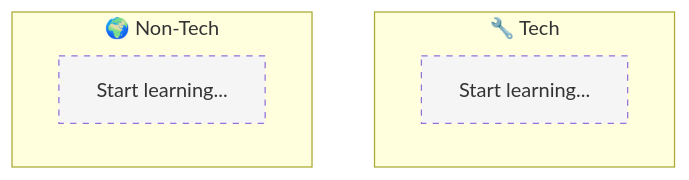
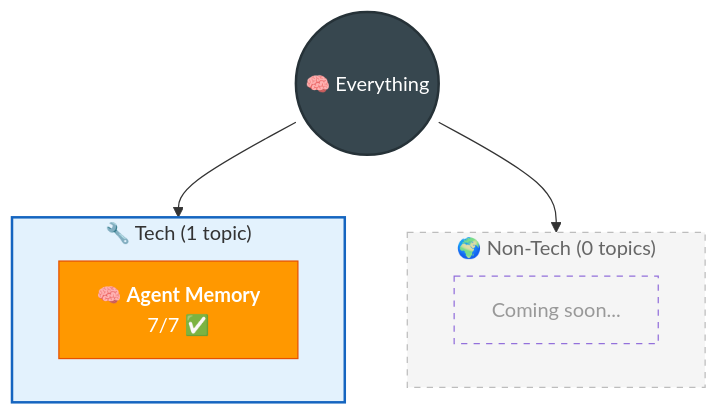
The diagram in _maps/everything.md (AyushSonuu/my-memory), drawn with Mermaid before and after one commit. The commit also changed other lines of this file and 8 other files, not shown here.

Commit message:
🗺️ Tier 2 sync: all maps, root README, tech README, due-today, connections, timeline rebuilt

````diff
--- a/_maps/everything.md
+++ b/_maps/everything.md
@@ -6,11 +5,21 @@
 ```mermaid
 graph TB
-    subgraph Tech["🔧 Tech"]
-        TE["Start learning..."]
+    ROOT(("🧠 Everything"))
+    
+    subgraph TECH ["🔧 Tech (1 topic)"]
+        AM["🧠 <b>Agent Memory</b><br/>7/7 ✅"]
     end
-    subgraph NonTech["🌍 Non-Tech"]
-        NTE["Start learning..."]
+
+    subgraph NT ["🌍 Non-Tech (0 topics)"]
+        NTE["Coming soon..."]
     end
-    style TE fill:#f5f5f5,stroke-dasharray: 5 5
-    style NTE fill:#f5f5f5,stroke-dasharray: 5 5
+
+    ROOT --> TECH
+    ROOT --> NT
+
+    style ROOT fill:#37474f,color:#fff,stroke:#263238,stroke-width:2px
+    style TECH fill:#e3f2fd,color:#333,stroke:#1565c0,stroke-width:2px
+    style NT fill:#f5f5f5,color:#666,stroke:#bdbdbd,stroke-dasharray: 5 5
+    style AM fill:#ff9800,color:#fff,stroke:#e65100
+    style NTE fill:#f5f5f5,color:#999,stroke-dasharray: 5 5
 ```
````
